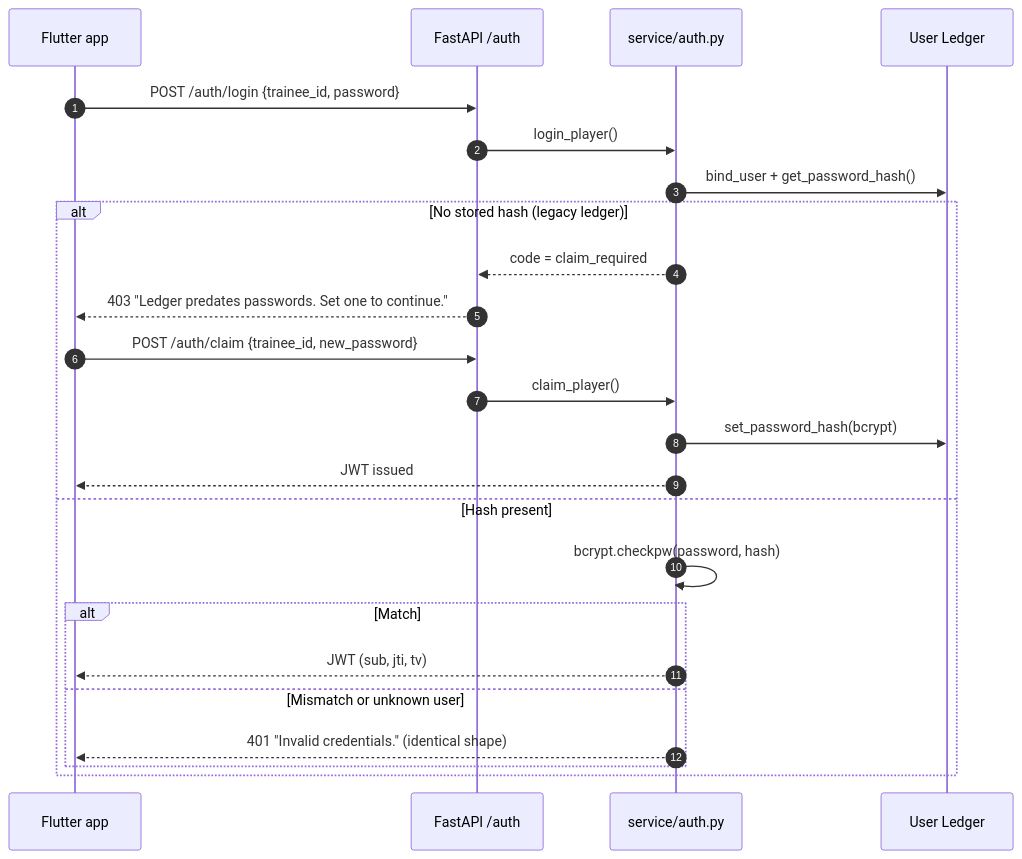
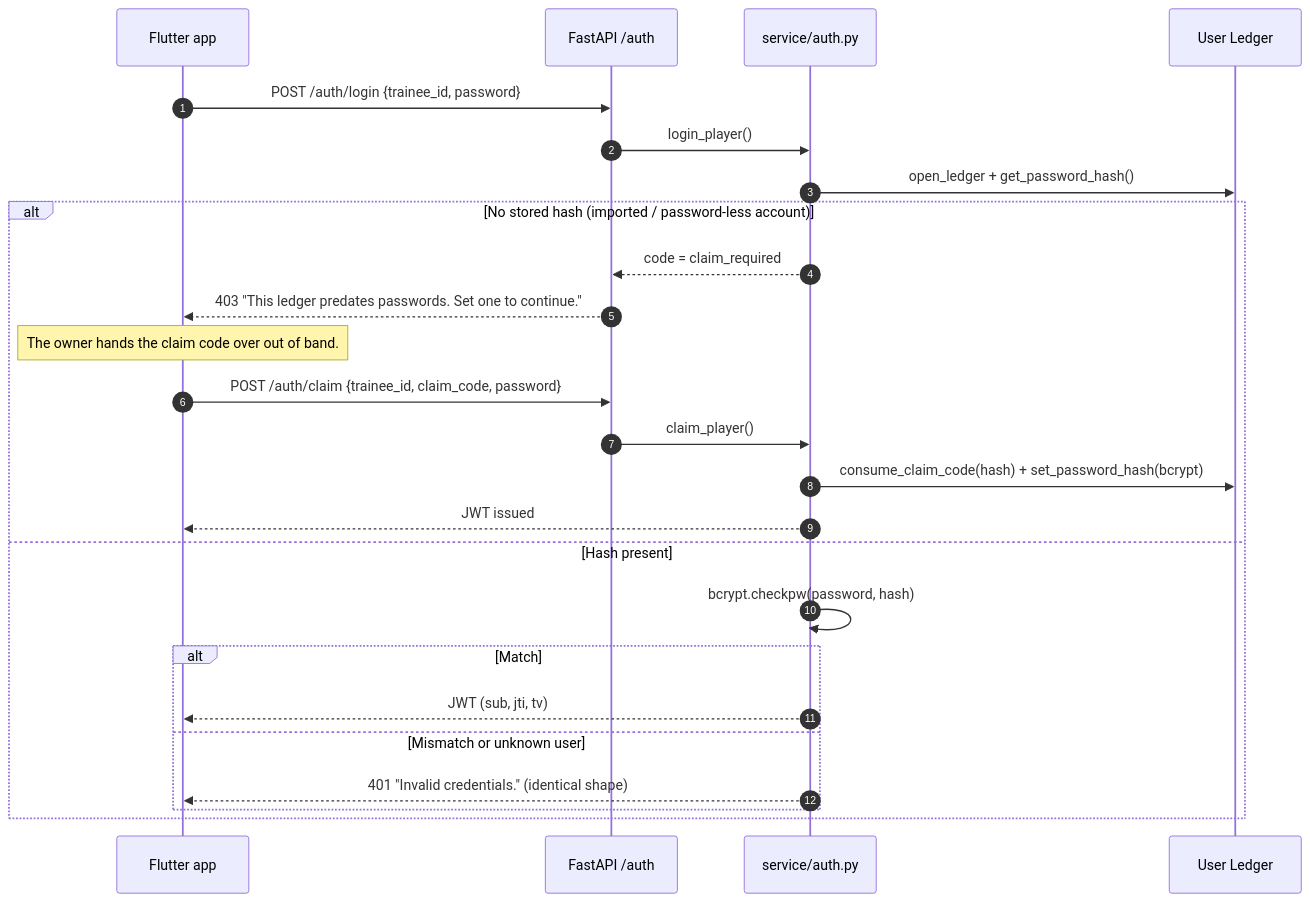
One commit to ahmedtvmer/MAYOS changed the first of 5 diagrams in docs/AUTHENTICATION.md. Above: the diagram before and after it, drawn with Mermaid. The commit also changed other lines of this file and 40 other files, not shown here.

````diff
--- a/docs/AUTHENTICATION.md
+++ b/docs/AUTHENTICATION.md
@@ -41,27 +41,28 @@
 ```mermaid
 sequenceDiagram
     autonumber
     participant UI as Flutter app
     participant API as FastAPI /auth
     participant SVC as service/auth.py
     participant DB as User Ledger
 
     UI->>API: POST /auth/login {trainee_id, password}
     API->>SVC: login_player()
-    SVC->>DB: bind_user + get_password_hash()
-    alt No stored hash (legacy ledger)
+    SVC->>DB: open_ledger + get_password_hash()
+    alt No stored hash (imported / password-less account)
         SVC-->>API: code = claim_required
-        API-->>UI: 403 "Ledger predates passwords. Set one to continue."
-        UI->>API: POST /auth/claim {trainee_id, new_password}
+        API-->>UI: 403 "This ledger predates passwords. Set one to continue."
+        Note over UI: The owner hands the claim code over out of band.
+        UI->>API: POST /auth/claim {trainee_id, claim_code, password}
         API->>SVC: claim_player()
-        SVC->>DB: set_password_hash(bcrypt)
+        SVC->>DB: consume_claim_code(hash) + set_password_hash(bcrypt)
         SVC-->>UI: JWT issued
     else Hash present
         SVC->>SVC: bcrypt.checkpw(password, hash)
         alt Match
             SVC-->>UI: JWT (sub, jti, tv)
         else Mismatch or unknown user
             SVC-->>UI: 401 "Invalid credentials." (identical shape)
         end
     end
 ```
````
